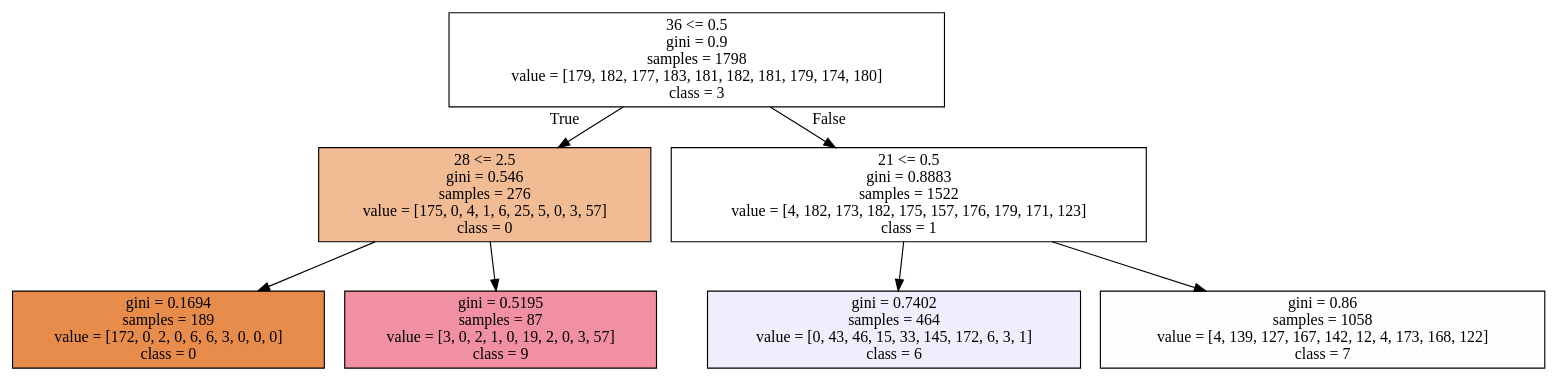
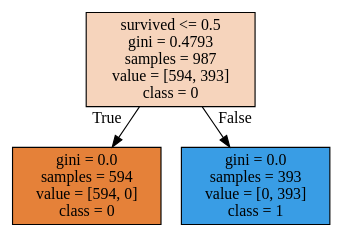
The diagram in hw5/tree2.dot (abbyschantz/cs35), drawn with Graphviz before and after one commit. The commit also changed 6 other files, not shown here.

```diff
--- a/hw5/tree2.dot
+++ b/hw5/tree2.dot
@@ -1,20 +1,11 @@
 digraph Tree {
 node [shape=box, style="filled", color="black"] ;
 graph [ranksep=equally, splines=polyline] ;
-0 [label="36 <= 0.5\ngini = 0.9\nsamples = 1798\nvalue = [179, 182, 177, 183, 181, 182, 181, 179, 174, 180]\nclass = 3", fillcolor="#39e55e00"] ;
-1 [label="28 <= 2.5\ngini = 0.546\nsamples = 276\nvalue = [175, 0, 4, 1, 6, 25, 5, 0, 3, 57]\nclass = 0", fillcolor="#e5813989"] ;
+0 [label="survived <= 0.5\ngini = 0.4793\nsamples = 987\nvalue = [594, 393]\nclass = 0", fillcolor="#e5813956"] ;
+1 [label="gini = 0.0\nsamples = 594\nvalue = [594, 0]\nclass = 0", fillcolor="#e58139ff"] ;
 0 -> 1 [labeldistance=2.5, labelangle=45, headlabel="True"] ;
-2 [label="gini = 0.1694\nsamples = 189\nvalue = [172, 0, 2, 0, 6, 6, 3, 0, 0, 0]\nclass = 0", fillcolor="#e58139e7"] ;
-1 -> 2 ;
-3 [label="gini = 0.5195\nsamples = 87\nvalue = [3, 0, 2, 1, 0, 19, 2, 0, 3, 57]\nclass = 9", fillcolor="#e539588e"] ;
-1 -> 3 ;
-4 [label="21 <= 0.5\ngini = 0.8883\nsamples = 1522\nvalue = [4, 182, 173, 182, 175, 157, 176, 179, 171, 123]\nclass = 1", fillcolor="#e2e53900"] ;
-0 -> 4 [labeldistance=2.5, labelangle=-45, headlabel="False"] ;
-5 [label="gini = 0.7402\nsamples = 464\nvalue = [0, 43, 46, 15, 33, 145, 172, 6, 3, 1]\nclass = 6", fillcolor="#3c39e516"] ;
-4 -> 5 ;
-6 [label="gini = 0.86\nsamples = 1058\nvalue = [4, 139, 127, 167, 142, 12, 4, 173, 168, 122]\nclass = 7", fillcolor="#a339e501"] ;
-4 -> 6 ;
+2 [label="gini = 0.0\nsamples = 393\nvalue = [0, 393]\nclass = 1", fillcolor="#399de5ff"] ;
+0 -> 2 [labeldistance=2.5, labelangle=-45, headlabel="False"] ;
 {rank=same ; 0} ;
-{rank=same ; 1; 4} ;
-{rank=same ; 2; 3; 5; 6} ;
+{rank=same ; 1; 2} ;
 }
```
